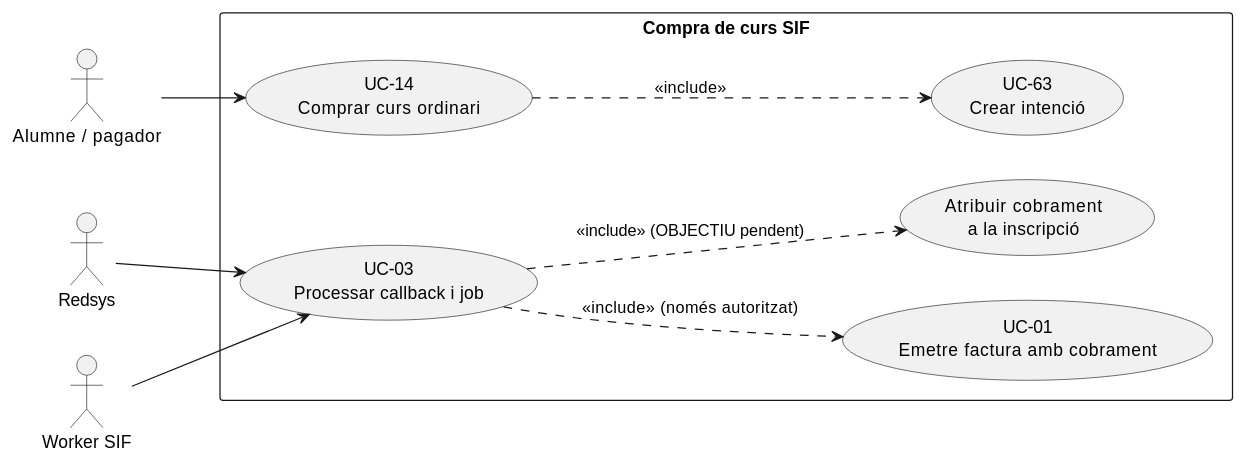
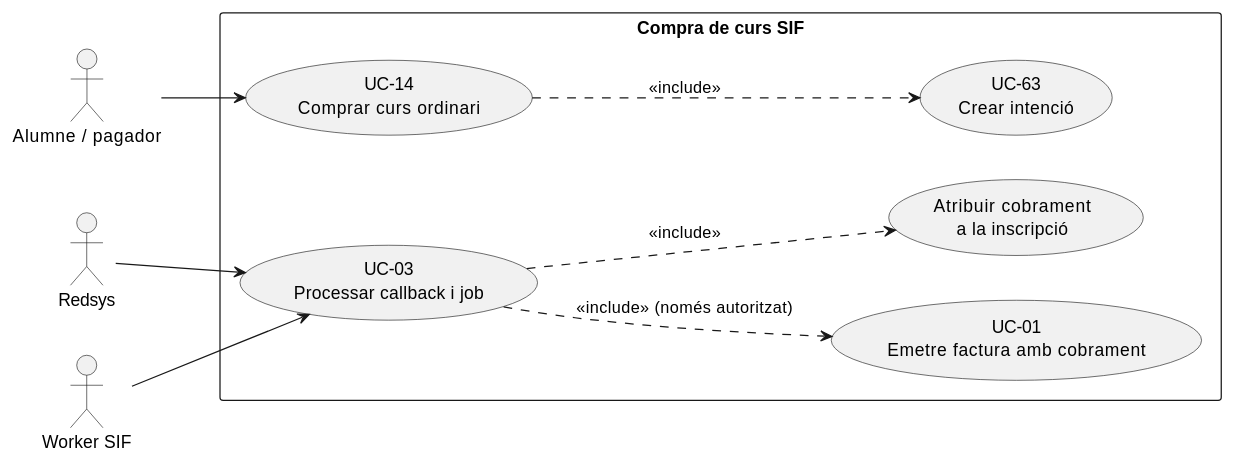
The first of 4 diagrams in documentacio/07-uml-integrat/uc-014-comprar-curs-redsys.md (orgmeriemprismacat-del/verifactu), drawn with PlantUML before and after one commit. The commit also changed other lines of this file, not shown here.

Commit message:
docs(UC-014): integrar fund allocation al UML principal

````diff
--- a/documentacio/07-uml-integrat/uc-014-comprar-curs-redsys.md
+++ b/documentacio/07-uml-integrat/uc-014-comprar-curs-redsys.md
@@ -44,21 +44,21 @@
 ```plantuml
 @startuml
 left to right direction
 actor "Alumne / pagador" as Buyer
 actor "Redsys" as R
 actor "Worker SIF" as W
 rectangle "Compra de curs SIF" {
  usecase "UC-14\nComprar curs ordinari" as C
  usecase "UC-63\nCrear intenció" as I
  usecase "UC-03\nProcessar callback i job" as CB
  usecase "UC-01\nEmetre factura amb cobrament" as Inv
  usecase "Atribuir cobrament\na la inscripció" as Alloc
 }
 Buyer --> C
 C ..> I : <<include>>
 R --> CB
 W --> CB
 CB ..> Inv : <<include>> (només autoritzat)
-CB ..> Alloc : <<include>> (OBJECTIU pendent)
+CB ..> Alloc : <<include>>
 @enduml
 ```
````
